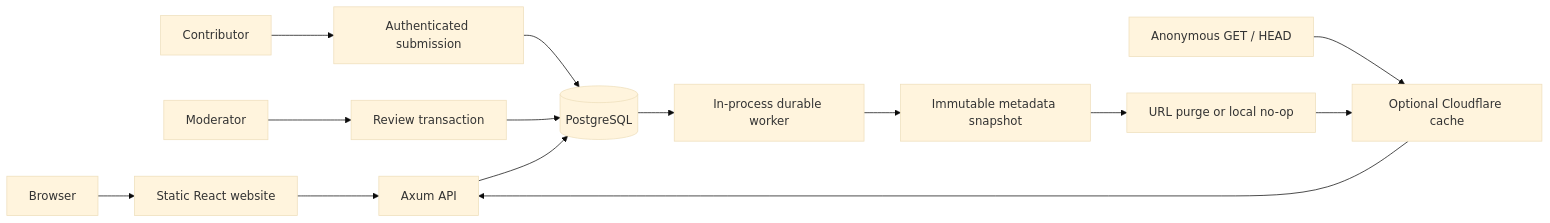
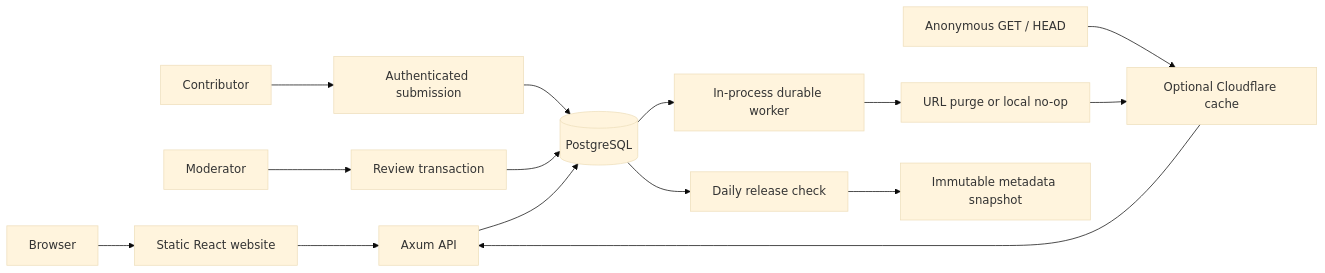
The diagram in docs/architecture.md (cardlattice/cardlattice), drawn with Mermaid (base theme) before and after one commit. The commit also changed other lines of this file and 19 other files, not shown here.

````diff
--- a/docs/architecture.md
+++ b/docs/architecture.md
@@ -8,16 +8,17 @@
 ```mermaid
 flowchart LR
   Browser --> Web[Static React website]
   Client[Anonymous GET / HEAD] --> CDN[Optional Cloudflare cache]
   CDN --> API[Axum API]
   Web --> API
   Contributor --> Draft[Authenticated submission]
   Draft --> DB[(PostgreSQL)]
   Moderator --> Review[Review transaction]
   Review --> DB
   API --> DB
   DB --> Worker[In-process durable worker]
-  Worker --> Snapshot[Immutable metadata snapshot]
-  Snapshot --> Purge[URL purge or local no-op]
+  Worker --> Purge[URL purge or local no-op]
+  DB --> Daily[Daily release check]
+  Daily --> Snapshot[Immutable metadata snapshot]
   Purge --> CDN
 ```
````
